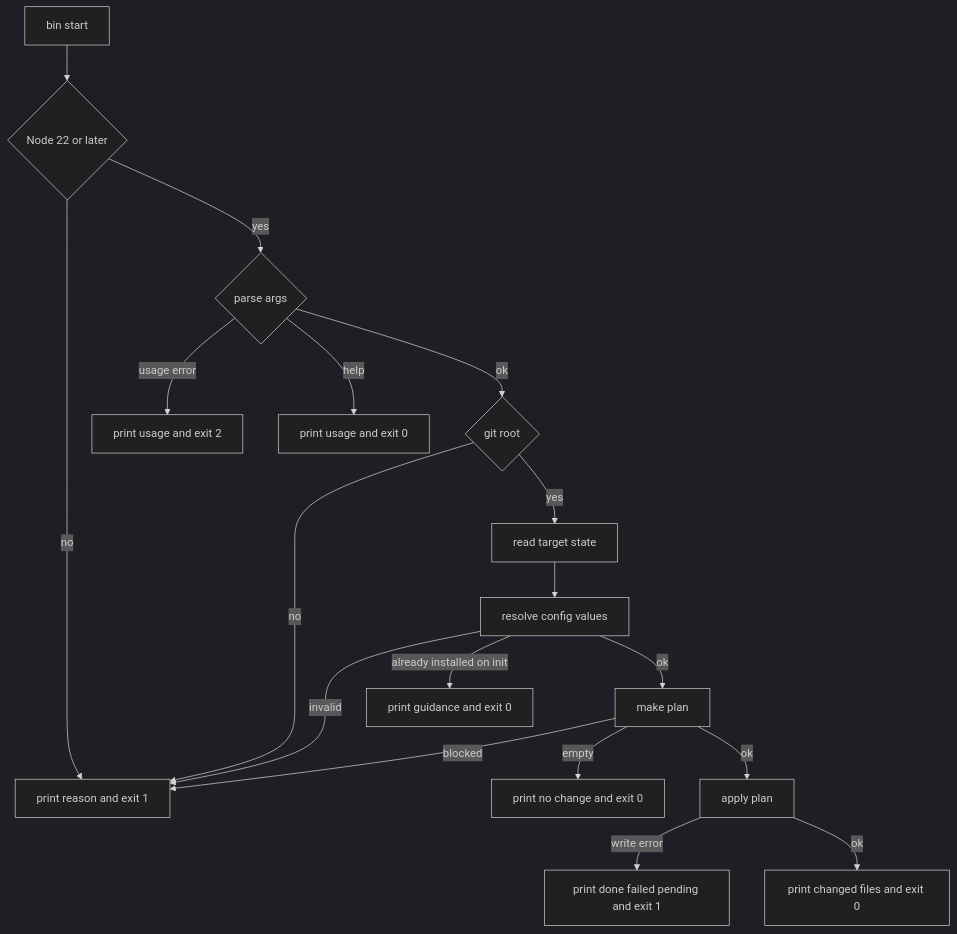
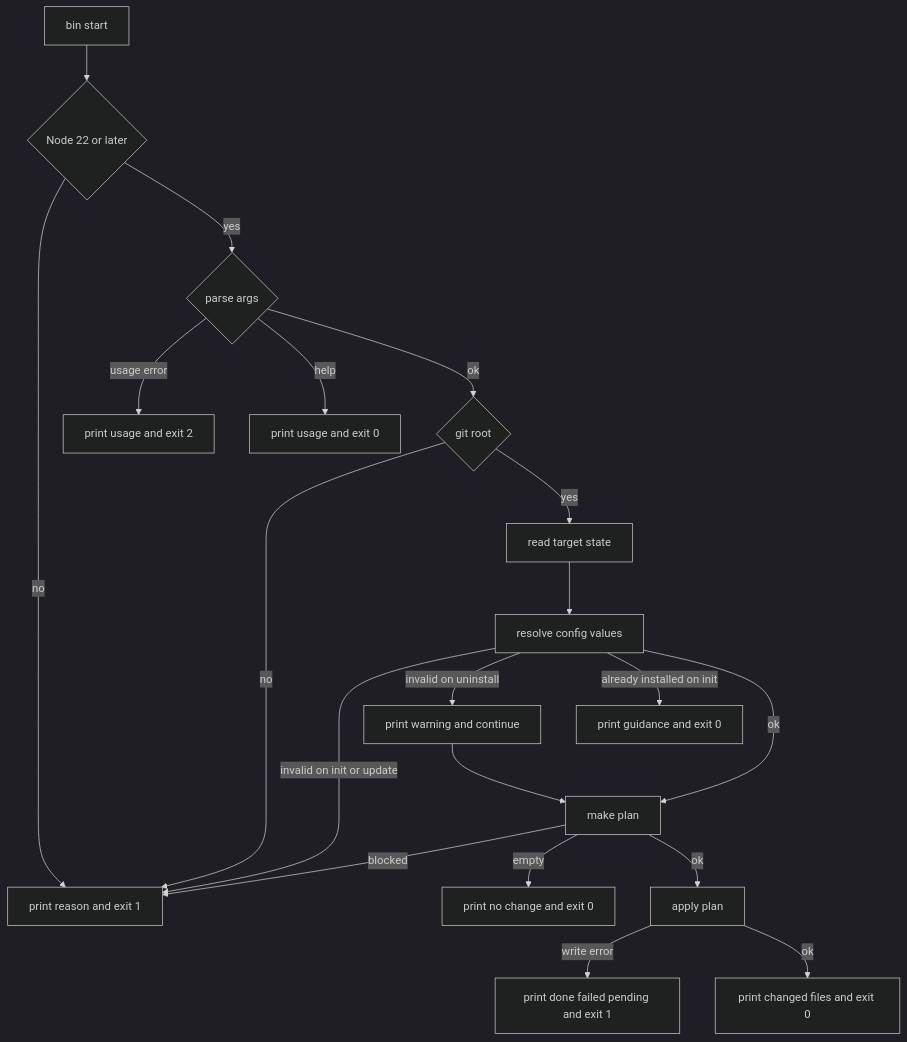
The second of 3 diagrams in .kiro/specs/installer-core/design.md (nekono-dev/cc-sdd-bootstrap), drawn with Mermaid (dark theme) before and after one commit. The commit also changed other lines of this file and 5 other files, not shown here.

````diff
--- a/.kiro/specs/installer-core/design.md
+++ b/.kiro/specs/installer-core/design.md
@@ -147,20 +147,22 @@
 ```mermaid
 flowchart TD
     Start[bin start] --> NodeCheck{Node 22 or later}
     NodeCheck -- no --> FailExit[print reason and exit 1]
     NodeCheck -- yes --> Parse{parse args}
     Parse -- usage error --> UsageExit[print usage and exit 2]
     Parse -- help --> HelpExit[print usage and exit 0]
     Parse -- ok --> GitRoot{git root}
     GitRoot -- no --> FailExit
     GitRoot -- yes --> Load[read target state]
     Load --> Resolve[resolve config values]
-    Resolve -- invalid --> FailExit
+    Resolve -- invalid on init or update --> FailExit
+    Resolve -- invalid on uninstall --> WarnContinue[print warning and continue]
+    WarnContinue --> MakePlan
     Resolve -- already installed on init --> InfoExit[print guidance and exit 0]
     Resolve -- ok --> MakePlan[make plan]
     MakePlan -- blocked --> FailExit
     MakePlan -- empty --> NoChange[print no change and exit 0]
     MakePlan -- ok --> Apply[apply plan]
     Apply -- write error --> PartialExit[print done failed pending and exit 1]
     Apply -- ok --> Report[print changed files and exit 0]
 ```
````
